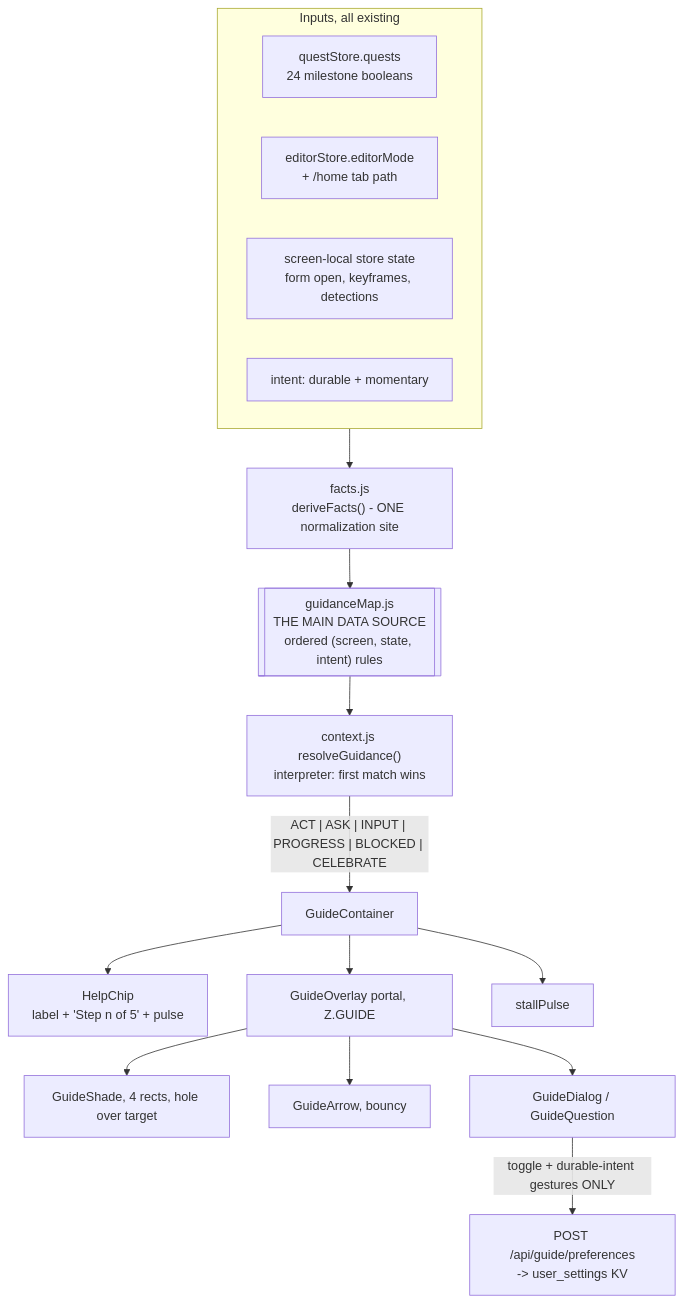
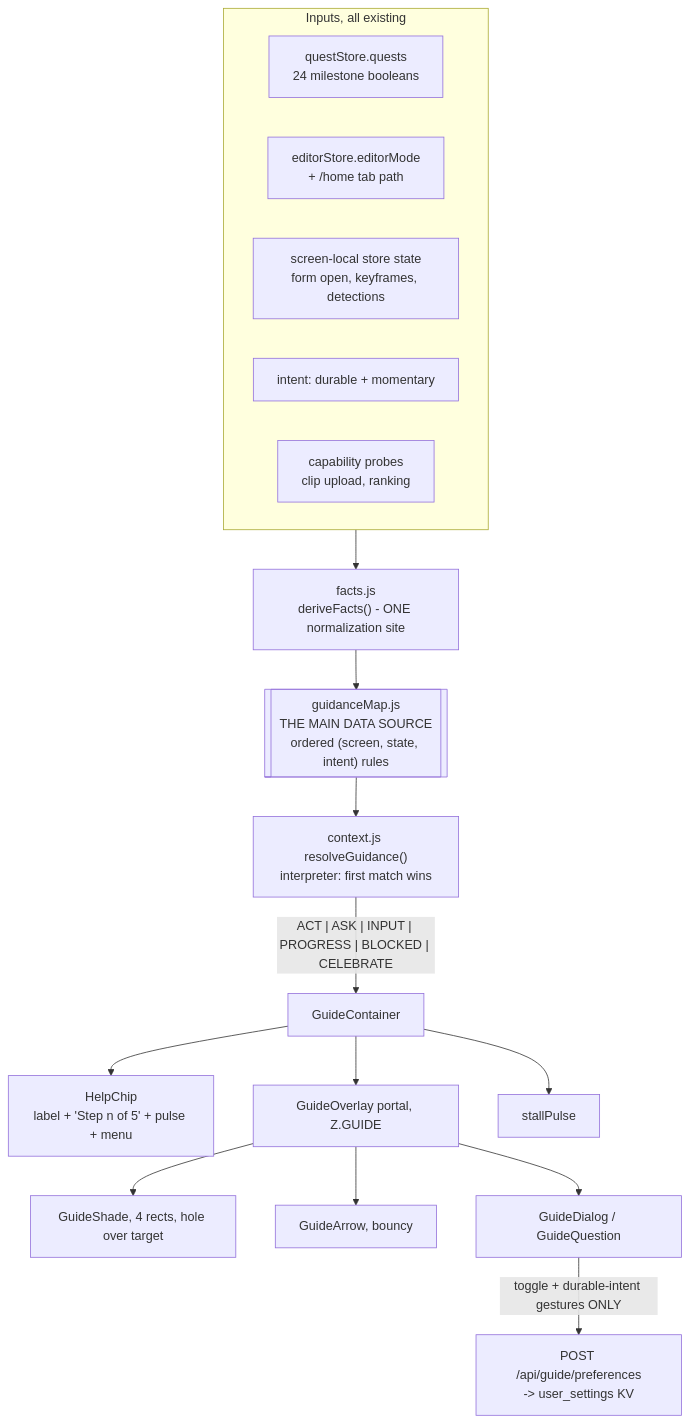
One commit to imankha/video-editor changed the third of 5 diagrams in docs/plans/tasks/T7620-design.md. Above: the diagram before and after it, drawn with Mermaid. The commit also changed other lines of this file and 4 other files, not shown here.

````diff
--- a/docs/plans/tasks/T7620-design.md
+++ b/docs/plans/tasks/T7620-design.md
@@ -126,20 +178,21 @@
 ```mermaid
 flowchart TB
     subgraph src[Inputs, all existing]
         M[questStore.quests<br/>24 milestone booleans]
         R[editorStore.editorMode<br/>+ /home tab path]
         L[screen-local store state<br/>form open, keyframes, detections]
         I[intent: durable + momentary]
+        C[capability probes<br/>clip upload, ranking]
     end
     src --> FA["facts.js<br/>deriveFacts() - ONE normalization site"]
     FA --> GM[["guidanceMap.js<br/>THE MAIN DATA SOURCE<br/>ordered (screen, state, intent) rules"]]
     GM --> RG["context.js resolveGuidance()<br/>interpreter: first match wins"]
     RG -->|"ACT | ASK | INPUT | PROGRESS | BLOCKED | CELEBRATE"| GC[GuideContainer]
-    GC --> HC[HelpChip<br/>label + 'Step n of 5' + pulse]
+    GC --> HC[HelpChip<br/>label + 'Step n of 5' + pulse + menu]
     GC --> OV[GuideOverlay portal, Z.GUIDE]
     OV --> SH[GuideShade, 4 rects, hole over target]
     OV --> AR[GuideArrow, bouncy]
     OV --> DG[GuideDialog / GuideQuestion]
     GC --> SP[stallPulse]
     DG -->|toggle + durable-intent gestures ONLY| PR["POST /api/guide/preferences<br/>-> user_settings KV"]
 ```
````
